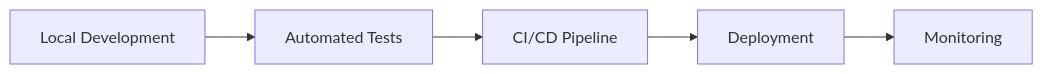
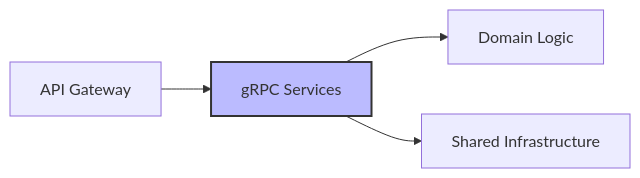
One commit to ersanyamarya/clean-stack changed the second of 2 diagrams in apps/clean-docs/docs/architecture/philosophy.md. Above: the diagram before and after it, drawn with Mermaid. The commit also changed other lines of this file and 16 other files, not shown here.

````diff
--- a/apps/clean-docs/docs/architecture/philosophy.md
+++ b/apps/clean-docs/docs/architecture/philosophy.md
@@ -125,7 +43,8 @@
 ```mermaid
 graph LR
-    A[Local Development] --> B[Automated Tests]
-    B --> C[CI/CD Pipeline]
-    C --> D[Deployment]
-    D --> E[Monitoring]
+    A[API Gateway] --> B[gRPC Services]
+    B --> C[Domain Logic]
+    B --> D[Shared Infrastructure]
+    
+    style B fill:#bbf,stroke:#333,stroke-width:2px
 ```
````
